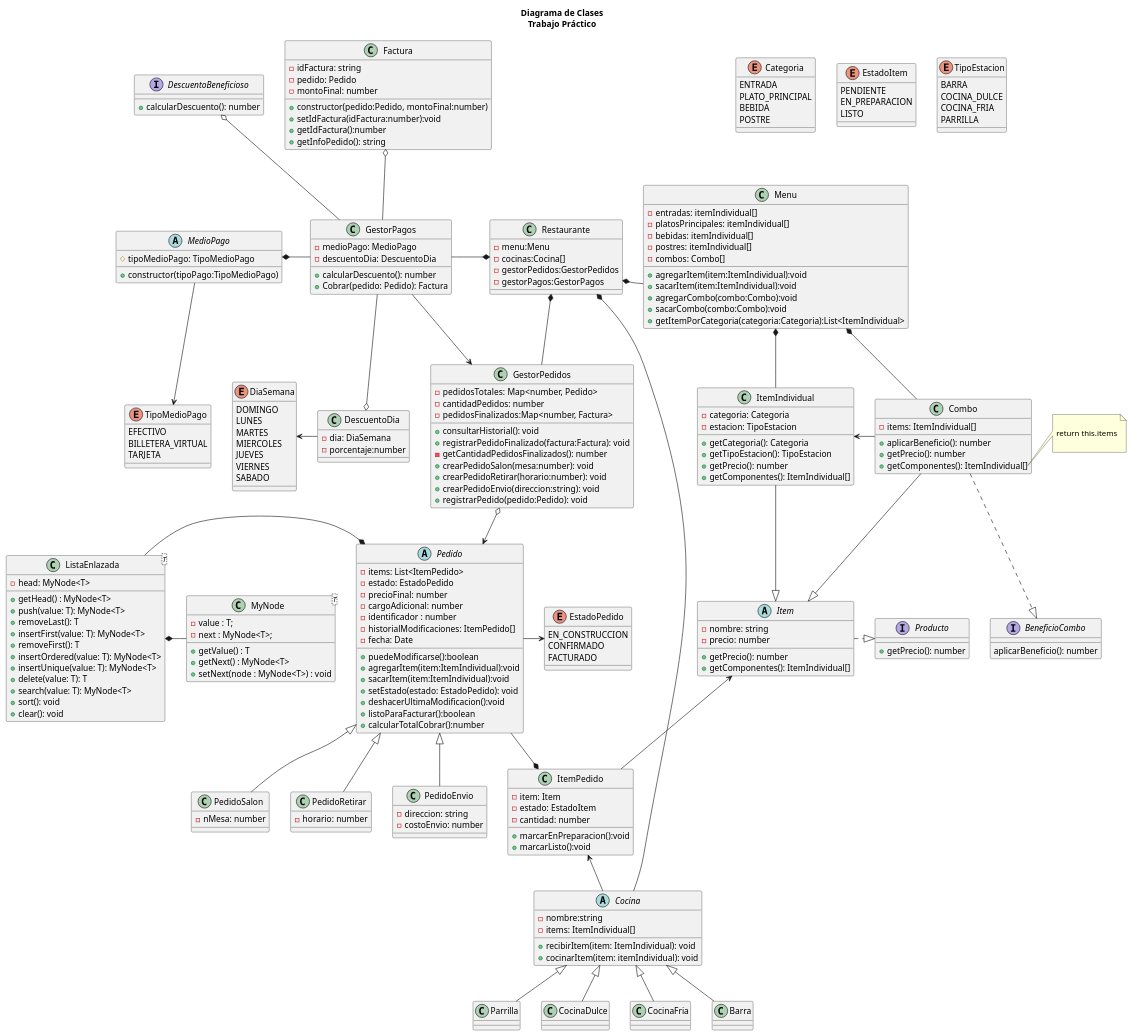
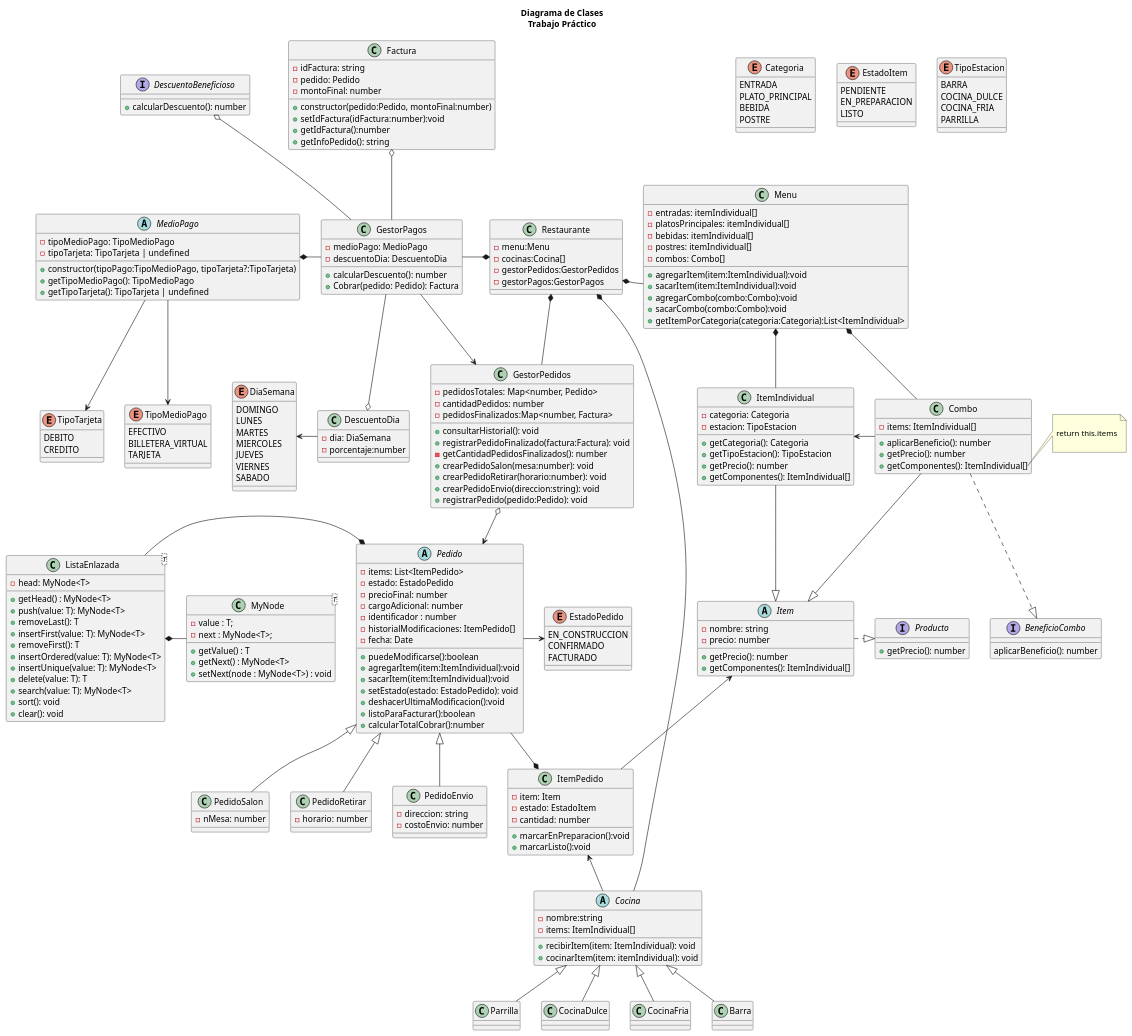
One commit to crstian8819/tp-grupo-11 changed the diagram in diagrama/diagrama.puml. Above: the diagram before and after it, drawn with PlantUML.

Commit message:
Arreglos en el Diagrama

```diff
--- a/diagrama/diagrama.puml
+++ b/diagrama/diagrama.puml
@@ -31,6 +31,11 @@
         EFECTIVO
         BILLETERA_VIRTUAL
         TARJETA
+    }
+
+    enum TipoTarjeta {
+        DEBITO
+        CREDITO
     }
 
     enum DiaSemana {
@@ -220,8 +225,11 @@
     '------------------- MedioPago ------------------------
 
     abstract MedioPago {
-        #tipoMedioPago: TipoMedioPago
-        +constructor(tipoPago:TipoMedioPago)
+        -tipoMedioPago: TipoMedioPago
+        -tipoTarjeta: TipoTarjeta | undefined
+        +constructor(tipoPago:TipoMedioPago, tipoTarjeta?:TipoTarjeta)
+        +getTipoMedioPago(): TipoMedioPago
+        +getTipoTarjeta(): TipoTarjeta | undefined
     }
 
     class DescuentoDia{
@@ -293,6 +301,8 @@
     MedioPago -[hidden]u- DescuentoBeneficioso
 'MEDIOS DE PAGO
     MedioPago -d-> TipoMedioPago
+    MedioPago -d-> TipoTarjeta
+    
 
 'GESTOR DE PEDIDOS
     GestorPedidos o--> Pedido
```
